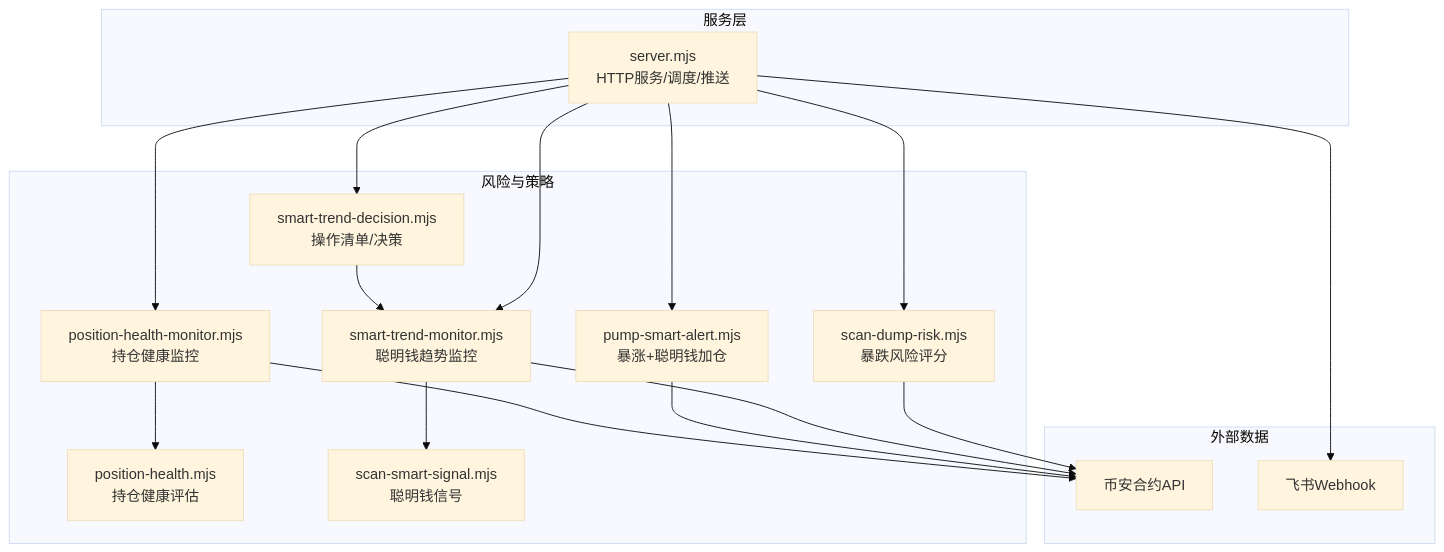
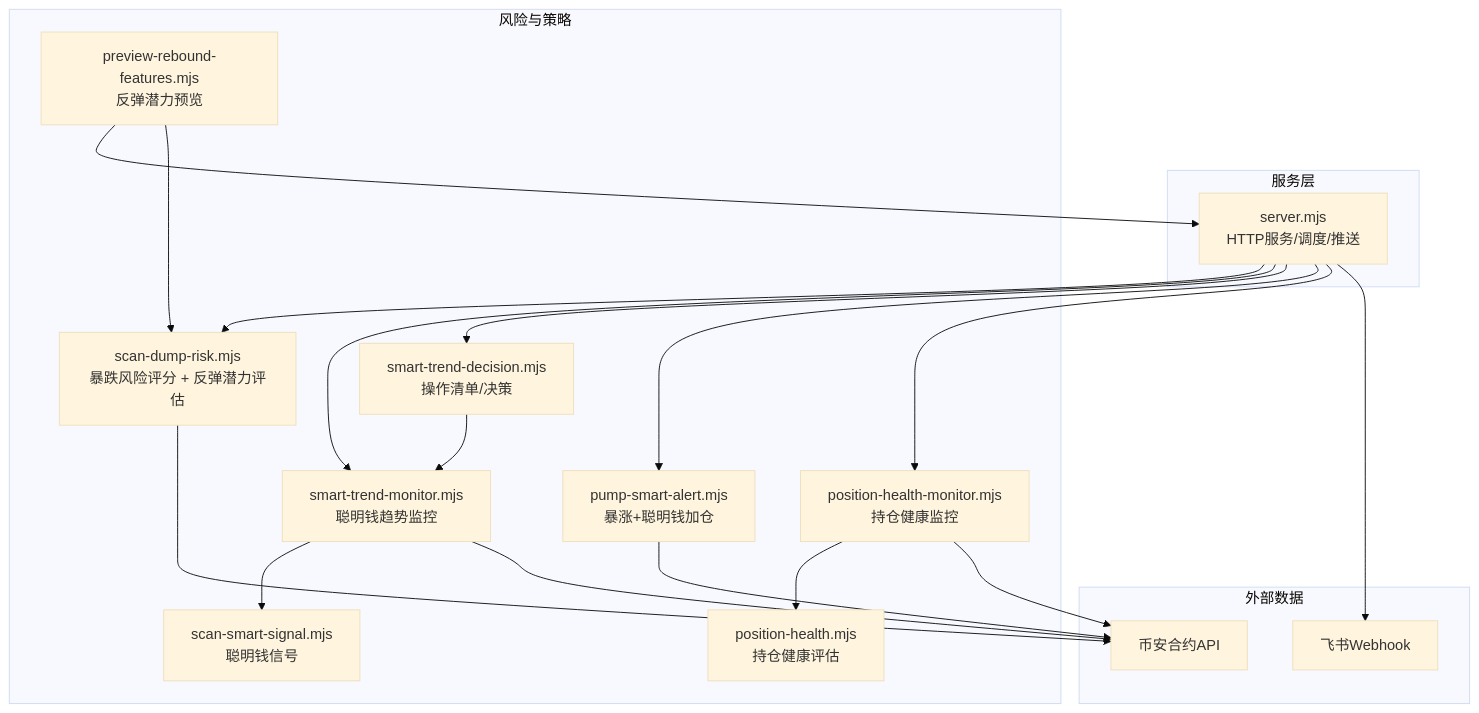
The first of 9 diagrams in .qoder/repowiki/zh/content/核心功能模块/暴跌风险预警.md (kekexilinan/BinaceSmart), drawn with Mermaid (base theme) before and after one commit. The commit also changed other lines of this file and 59 other files, not shown here.

````diff
--- a/.qoder/repowiki/zh/content/核心功能模块/暴跌风险预警.md
+++ b/.qoder/repowiki/zh/content/核心功能模块/暴跌风险预警.md
@@ -51,32 +63,35 @@
 ```mermaid
 graph TB
 subgraph "服务层"
 S["server.mjs<br/>HTTP服务/调度/推送"]
 end
 subgraph "风险与策略"
-D["scan-dump-risk.mjs<br/>暴跌风险评分"]
+D["scan-dump-risk.mjs<br/>暴跌风险评分 + 反弹潜力评估"]
 T["smart-trend-monitor.mjs<br/>聪明钱趋势监控"]
 J["smart-trend-decision.mjs<br/>操作清单/决策"]
 P["pump-smart-alert.mjs<br/>暴涨+聪明钱加仓"]
 H["position-health-monitor.mjs<br/>持仓健康监控"]
 PH["position-health.mjs<br/>持仓健康评估"]
 SS["scan-smart-signal.mjs<br/>聪明钱信号"]
+PR["preview-rebound-features.mjs<br/>反弹潜力预览"]
 end
 subgraph "外部数据"
 B["币安合约API"]
 F["飞书Webhook"]
 end
 S --> D
 S --> T
 S --> J
 S --> P
 S --> H
 H --> PH
 T --> SS
 D --> B
 T --> B
 J --> T
 P --> B
 H --> B
 S --> F
+PR --> S
+PR --> D
 ```
````
